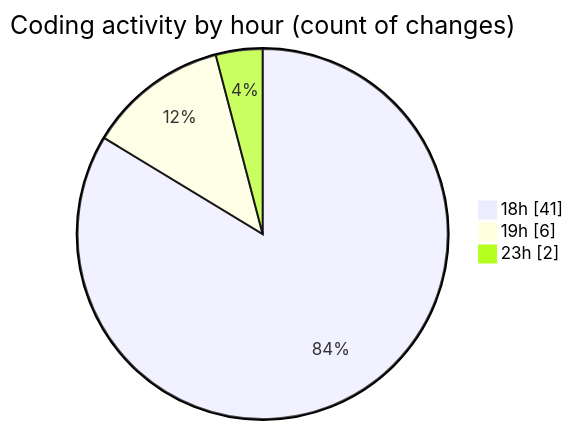
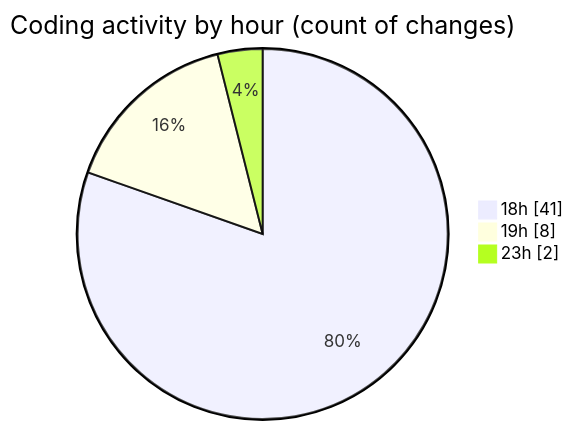
One commit to Ritupan-Deka/code-tracking changed the second of 2 diagrams in 2025-11-01/backend/README.md. Above: the diagram before and after it, drawn with Mermaid. The commit also changed other lines of this file and 1 other file, not shown here.

````diff
--- a/2025-11-01/backend/README.md
+++ b/2025-11-01/backend/README.md
@@ -42,7 +42,7 @@
 ```mermaid
 pie showData
 title Coding activity by hour (count of changes)
 "18h" : 41
-"19h" : 6
+"19h" : 8
 "23h" : 2
 ```
````
